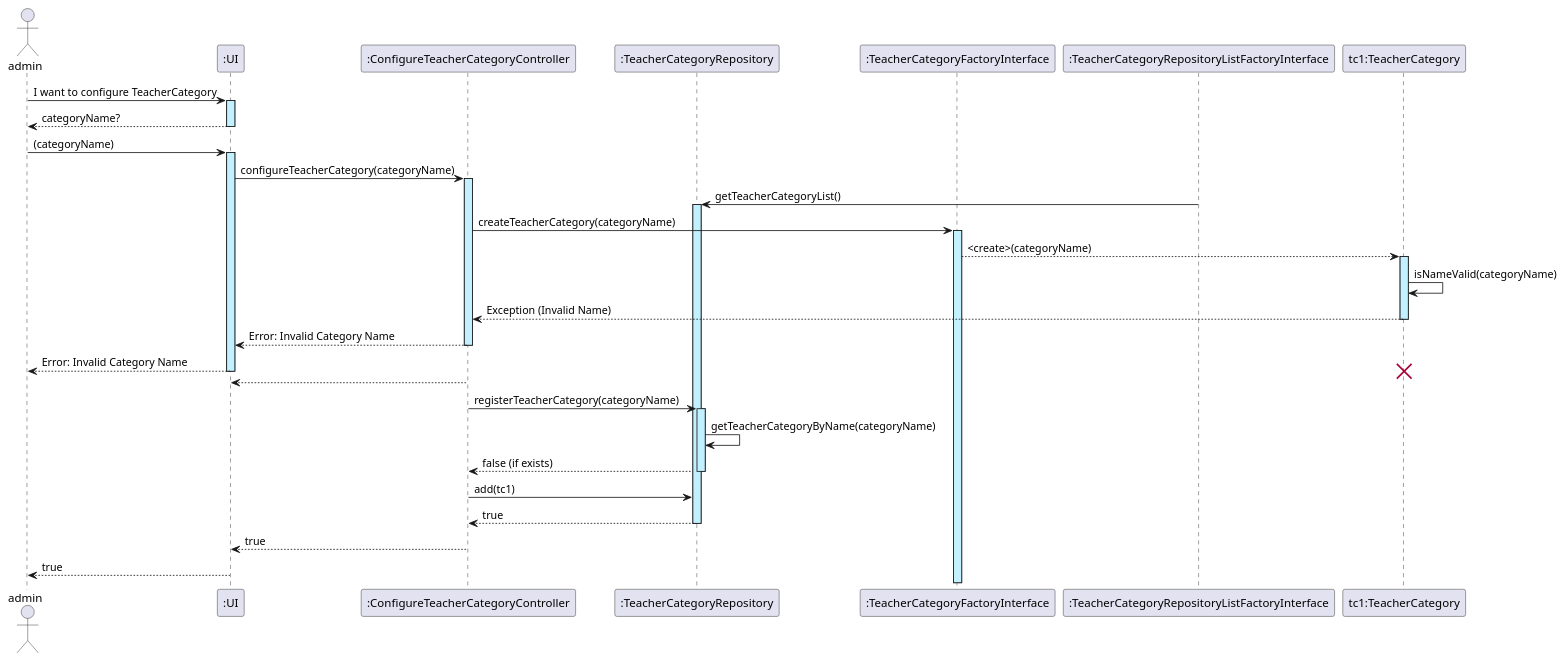
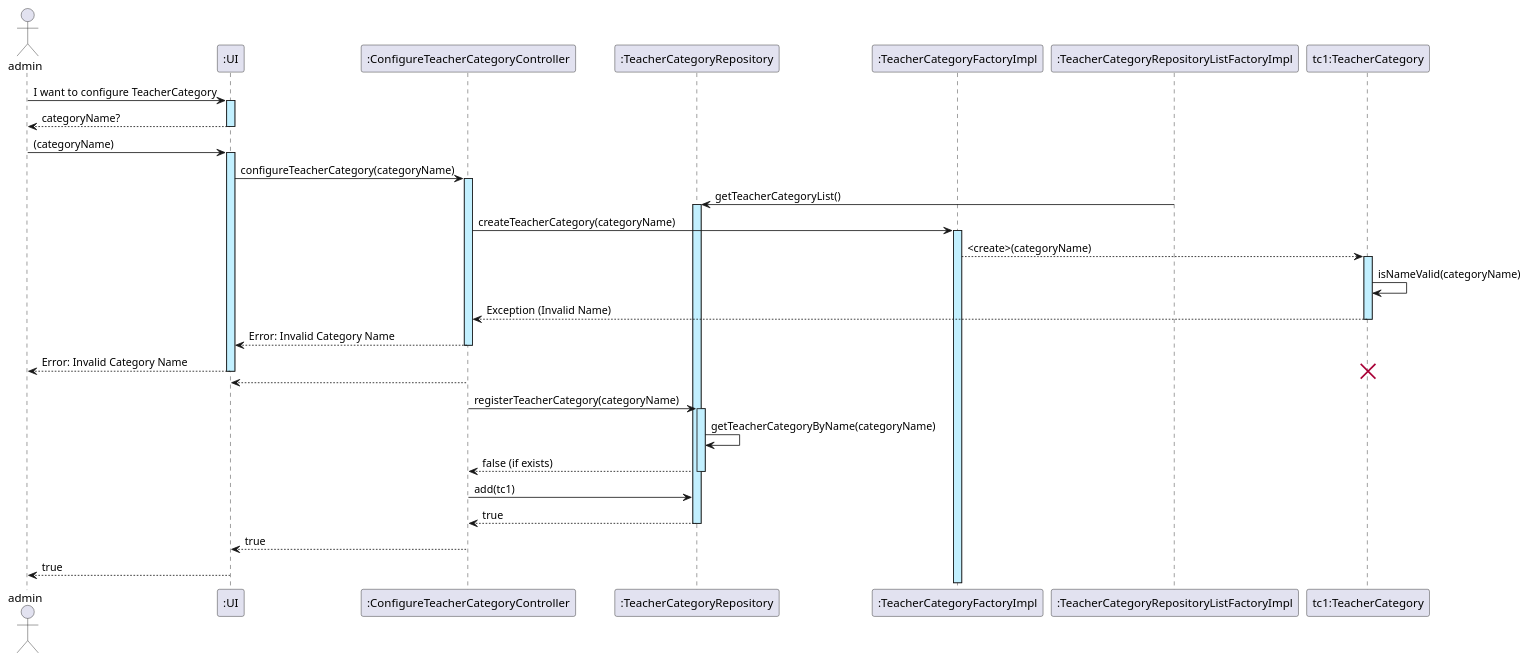
One commit to GasparISEP/DevOps-PAI changed the diagram in docs/US01/US01_ConfigureTeacherCategoriesInSystem_SequenceDiagram_v2.puml. Above: the diagram before and after it, drawn with PlantUML.

Commit message:
update US01_ConfigureTeacherCategoriesInSystem_SequenceDiagram_v2 with renaming

```diff
--- a/docs/US01/US01_ConfigureTeacherCategoriesInSystem_SequenceDiagram_v2.puml
+++ b/docs/US01/US01_ConfigureTeacherCategoriesInSystem_SequenceDiagram_v2.puml
@@ -1,42 +1,42 @@
 @startuml
 actor admin
 
 admin -> ":UI" as UI ++ #application : I want to configure TeacherCategory
 UI --> admin -- : categoryName?
 
 admin -> UI ++ #application : (categoryName)
 
 UI -> ":ConfigureTeacherCategoryController" as ConfigureTeacherCategoryController ++ #application : configureTeacherCategory(categoryName)
 
 participant ":TeacherCategoryRepository" as TeacherCategoryRepository
-participant ":TeacherCategoryFactoryInterface" as TeacherCategoryFactoryInterface
-participant ":TeacherCategoryRepositoryListFactoryInterface" as TeacherCategoryRepositoryListFactoryInterface
+participant ":TeacherCategoryFactoryImpl" as TeacherCategoryFactoryImpl
+participant ":TeacherCategoryRepositoryListFactoryImpl" as TeacherCategoryRepositoryListFactoryImpl
 
 ' New repository list initialization
-TeacherCategoryRepositoryListFactoryInterface -> TeacherCategoryRepository ++ #application : getTeacherCategoryList()
+TeacherCategoryRepositoryListFactoryImpl -> TeacherCategoryRepository ++ #application : getTeacherCategoryList()
 
 ' Validation step: Check if name is empty
-ConfigureTeacherCategoryController -> TeacherCategoryFactoryInterface ++ #application : createTeacherCategory(categoryName)
-TeacherCategoryFactoryInterface --> "tc1:TeacherCategory" as TeacherCategory ++ #application : <create>(categoryName)
+ConfigureTeacherCategoryController -> TeacherCategoryFactoryImpl ++ #application : createTeacherCategory(categoryName)
+TeacherCategoryFactoryImpl --> "tc1:TeacherCategory" as TeacherCategory ++ #application : <create>(categoryName)
 
 ' Exception Handling for Invalid Names
 TeacherCategory -> TeacherCategory : isNameValid(categoryName)
 TeacherCategory --> ConfigureTeacherCategoryController -- : Exception (Invalid Name)
 ConfigureTeacherCategoryController --> UI -- : Error: Invalid Category Name
 UI --> admin -- : Error: Invalid Category Name
 destroy TeacherCategory
 return
 
 ' Checking if category exists
 ConfigureTeacherCategoryController -> TeacherCategoryRepository ++ #application : registerTeacherCategory(categoryName)
 TeacherCategoryRepository -> TeacherCategoryRepository : getTeacherCategoryByName(categoryName)
 TeacherCategoryRepository --> ConfigureTeacherCategoryController --: false (if exists)
 
 ' If new, add to repository
 ConfigureTeacherCategoryController -> TeacherCategoryRepository : add(tc1)
 TeacherCategoryRepository --> ConfigureTeacherCategoryController --: true
 
 ' Response to UI
 ConfigureTeacherCategoryController --> UI --: true
 UI --> admin --: true
 @enduml
```
